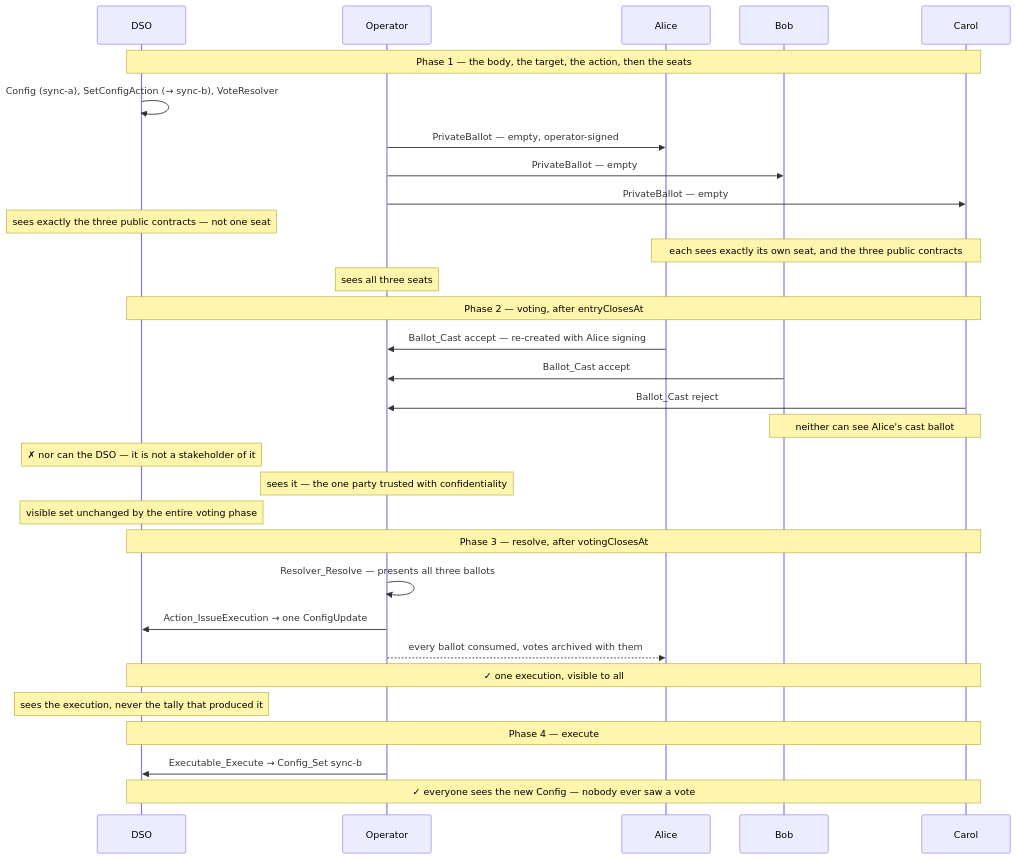
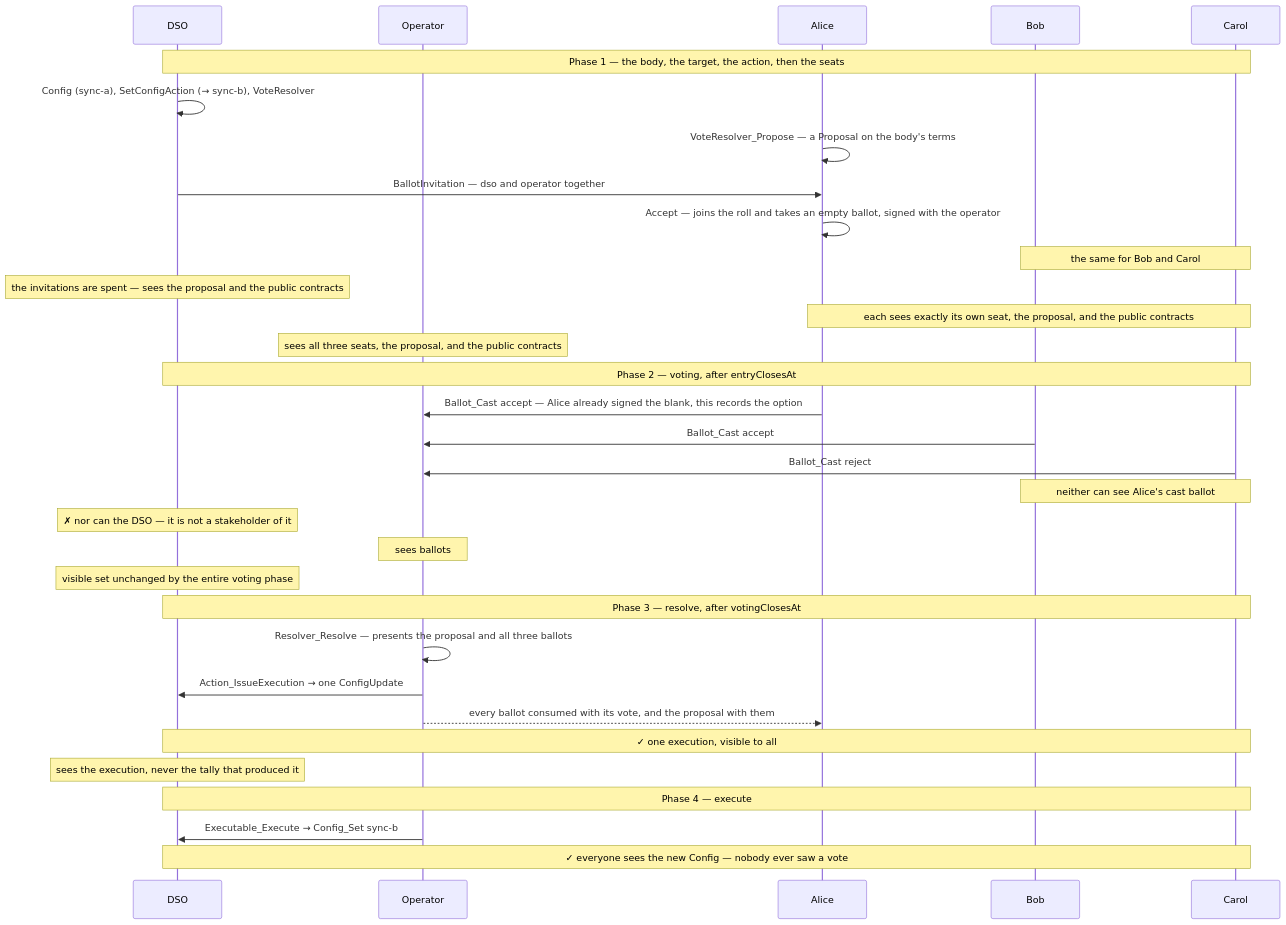
One commit to unlockitio/concordia changed the first of 3 diagrams in examples/governance/private-majority-vote/DEMOS.md. Above: the diagram before and after it, drawn with Mermaid. The commit also changed other lines of this file and 42 other files, not shown here.

````diff
--- a/examples/governance/private-majority-vote/DEMOS.md
+++ b/examples/governance/private-majority-vote/DEMOS.md
@@ -103,37 +108,38 @@
 ```mermaid
 sequenceDiagram
     participant D as DSO
     participant O as Operator
     participant A as Alice
     participant B as Bob
     participant C as Carol
 
     Note over D,C: Phase 1 — the body, the target, the action, then the seats
     D->>D: Config (sync-a), SetConfigAction (→ sync-b), VoteResolver
-    O->>A: PrivateBallot — empty, operator-signed
-    O->>B: PrivateBallot — empty
-    O->>C: PrivateBallot — empty
-    Note over D: sees exactly the three public contracts — not one seat
-    Note over A,C: each sees exactly its own seat, and the three public contracts
-    Note over O: sees all three seats
+    A->>A: VoteResolver_Propose — a Proposal on the body's terms
+    D->>A: BallotInvitation — dso and operator together
+    A->>A: Accept — joins the roll and takes an empty ballot, signed with the operator
+    Note over B,C: the same for Bob and Carol
+    Note over D: the invitations are spent — sees the proposal and the public contracts
+    Note over A,C: each sees exactly its own seat, the proposal, and the public contracts
+    Note over O: sees all three seats, the proposal, and the public contracts
 
     Note over D,C: Phase 2 — voting, after entryClosesAt
-    A->>O: Ballot_Cast accept — re-created with Alice signing
+    A->>O: Ballot_Cast accept — Alice already signed the blank, this records the option
     B->>O: Ballot_Cast accept
     C->>O: Ballot_Cast reject
     Note over B,C: neither can see Alice's cast ballot
     Note over D: ✗ nor can the DSO — it is not a stakeholder of it
-    Note over O: sees it — the one party trusted with confidentiality
+    Note over O: sees ballots
     Note over D: visible set unchanged by the entire voting phase
 
     Note over D,C: Phase 3 — resolve, after votingClosesAt
-    O->>O: Resolver_Resolve — presents all three ballots
+    O->>O: Resolver_Resolve — presents the proposal and all three ballots
     O->>D: Action_IssueExecution → one ConfigUpdate
-    O-->>A: every ballot consumed, votes archived with them
+    O-->>A: every ballot consumed with its vote, and the proposal with them
     Note over D,C: ✓ one execution, visible to all
     Note over D: sees the execution, never the tally that produced it
 
     Note over D,C: Phase 4 — execute
     O->>D: Executable_Execute → Config_Set sync-b
     Note over D,C: ✓ everyone sees the new Config — nobody ever saw a vote
 ```
````
